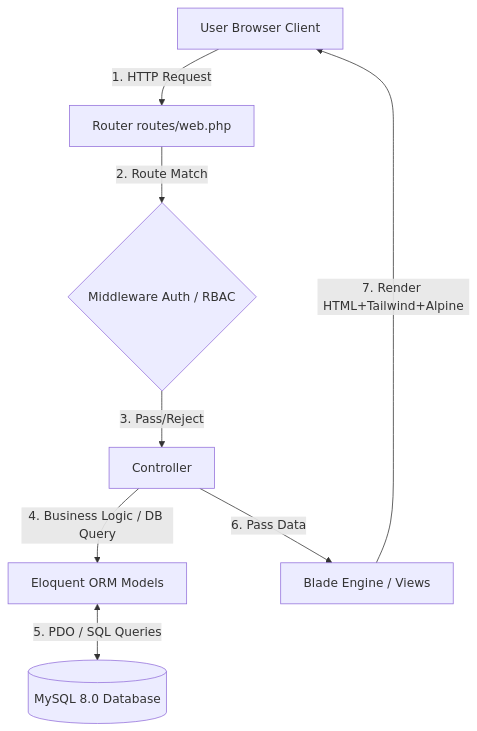
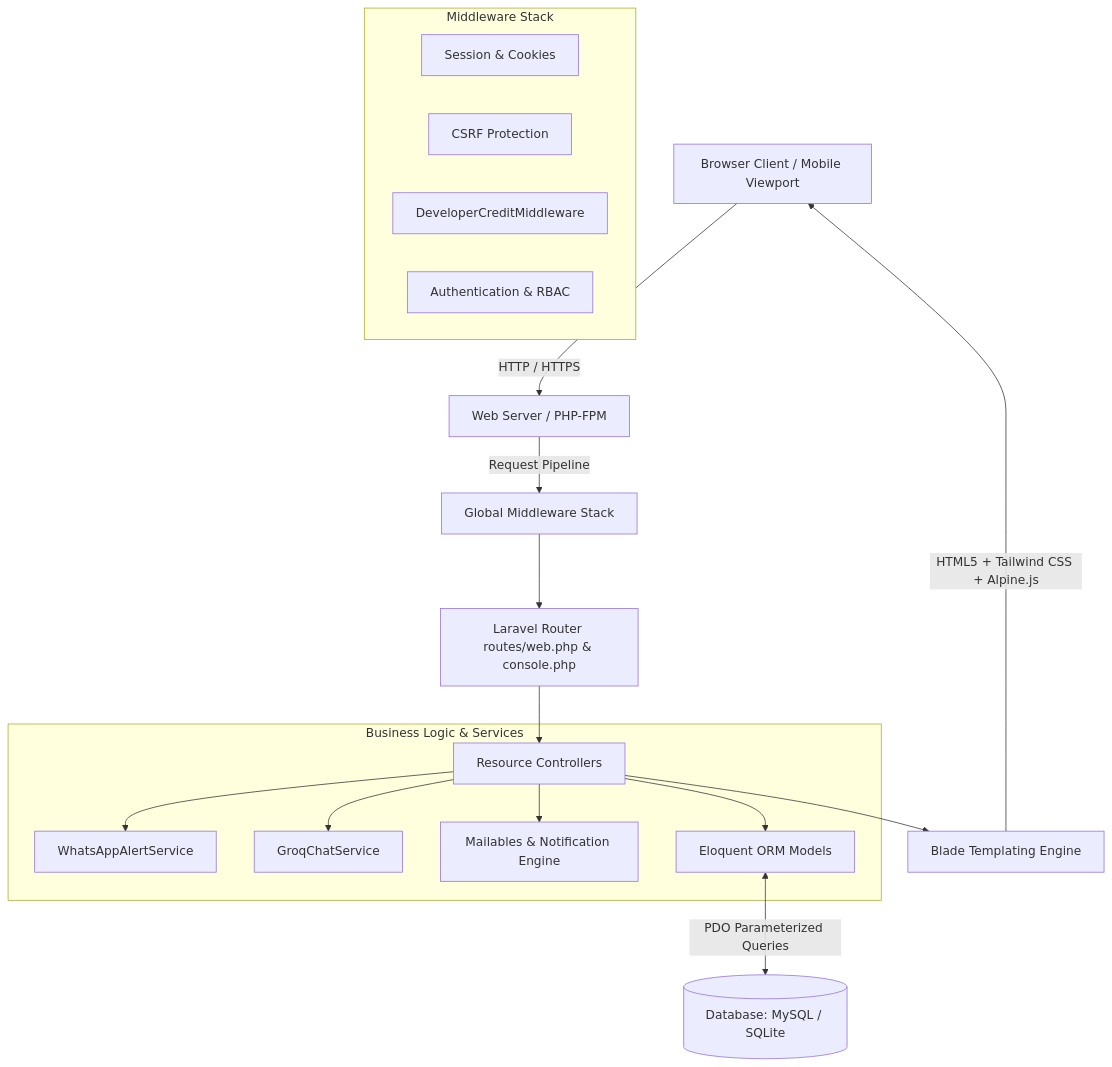
The first of 2 diagrams in Architecture.md (sindhishahejad/kdpalumniportal), drawn with Mermaid before and after one commit. The commit also changed other lines of this file and 5 other files, not shown here.

````diff
--- a/Architecture.md
+++ b/Architecture.md
@@ -46,10 +14,26 @@
 ```mermaid
 graph TD
-    A[User Browser Client] -->|1. HTTP Request| B[Router routes/web.php]
-    B -->|2. Route Match| C{Middleware Auth / RBAC}
-    C -->|3. Pass/Reject| D[Controller]
-    D -->|4. Business Logic / DB Query| E[Eloquent ORM Models]
-    E <-->|5. PDO / SQL Queries| F[(MySQL 8.0 Database)]
-    D -->|6. Pass Data| G[Blade Engine / Views]
-    G -->|7. Render HTML+Tailwind+Alpine| A
+    Client[Browser Client / Mobile Viewport] -->|HTTP / HTTPS| WebServer[Web Server / PHP-FPM]
+    WebServer -->|Request Pipeline| MiddlewareStack[Global Middleware Stack]
+    
+    subgraph Middleware Stack
+        M1[Session & Cookies]
+        M2[CSRF Protection]
+        M3[DeveloperCreditMiddleware]
+        M4[Authentication & RBAC]
+    end
+    
+    MiddlewareStack --> Router[Laravel Router routes/web.php & console.php]
+    Router --> Controllers[Resource Controllers]
+    
+    subgraph Business Logic & Services
+        Controllers --> S1[WhatsAppAlertService]
+        Controllers --> S2[GroqChatService]
+        Controllers --> S3[Mailables & Notification Engine]
+        Controllers --> Models[Eloquent ORM Models]
+    end
+    
+    Models <-->|PDO Parameterized Queries| DB[(Database: MySQL / SQLite)]
+    Controllers --> Views[Blade Templating Engine]
+    Views -->|HTML5 + Tailwind CSS + Alpine.js| Client
 ```
````
